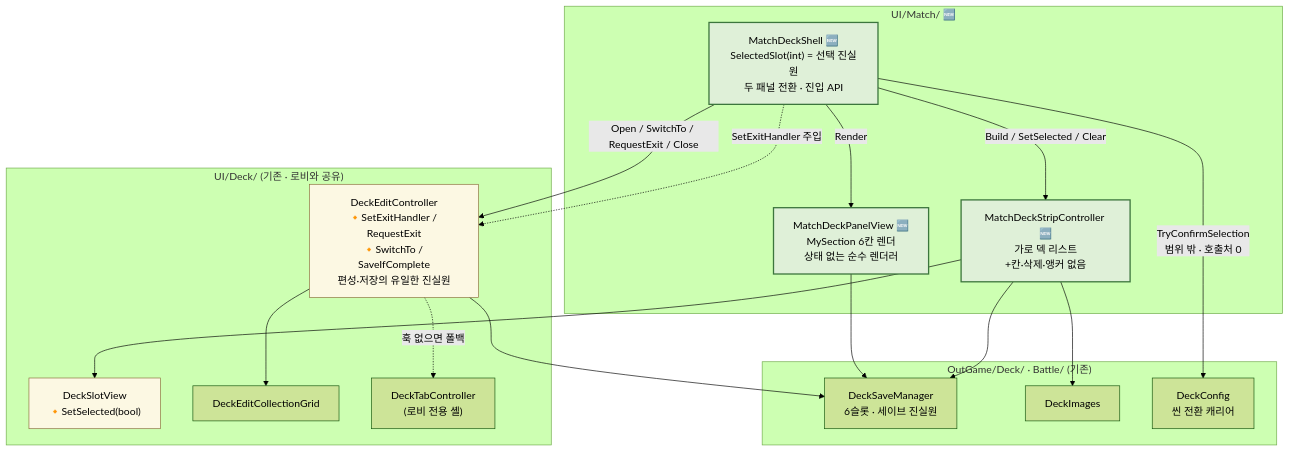
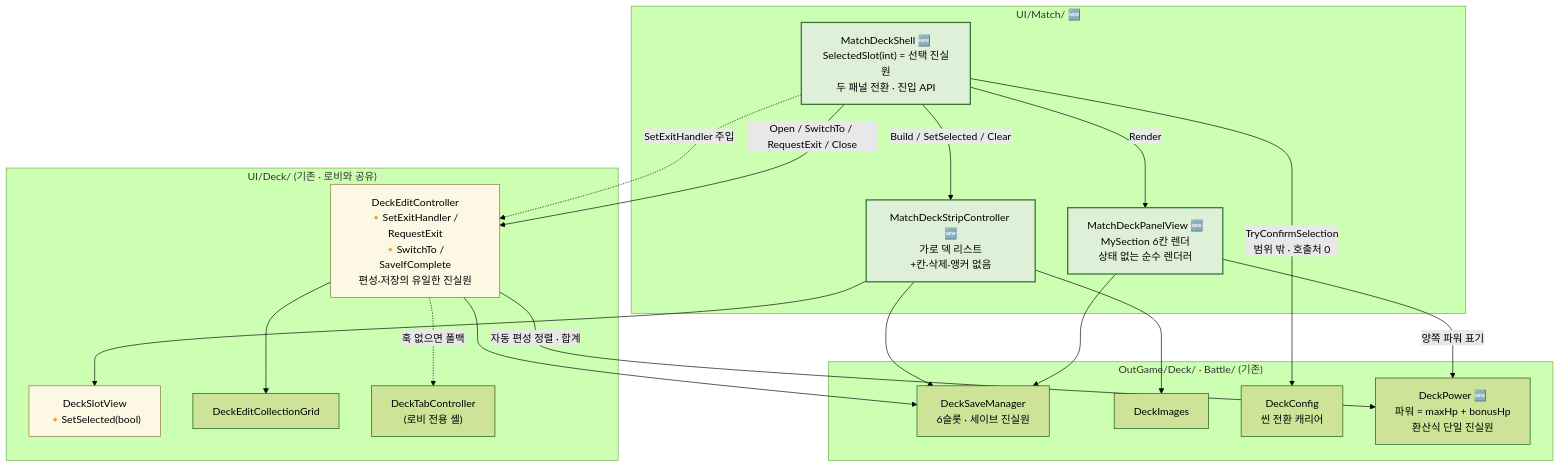
Before and after one commit to hspark-maker/TeamfightTCG_Migriation: diagram 19 of 20 in docs/OutGamePlan/STRUCTURE.md, drawn with Mermaid (forest theme). The commit also changed other lines of this file and 76 other files, not shown here.

````diff
--- a/docs/OutGamePlan/STRUCTURE.md
+++ b/docs/OutGamePlan/STRUCTURE.md
@@ -1145,40 +1147,43 @@
 ```mermaid
 graph TD
     subgraph Match["UI/Match/ 🆕"]
         SHELL["MatchDeckShell 🆕<br/>SelectedSlot(int) = 선택 진실원<br/>두 패널 전환 · 진입 API"]
         PV["MatchDeckPanelView 🆕<br/>MySection 6칸 렌더<br/>상태 없는 순수 렌더러"]
         STRIP["MatchDeckStripController 🆕<br/>가로 덱 리스트<br/>+칸·삭제·앵커 없음"]
     end
 
     subgraph Deck["UI/Deck/ (기존 · 로비와 공유)"]
         EDIT["DeckEditController<br/>🔸SetExitHandler / RequestExit<br/>🔸SwitchTo / SaveIfComplete<br/>편성·저장의 유일한 진실원"]
         SLOTV["DeckSlotView<br/>🔸SetSelected(bool)"]
         GRID["DeckEditCollectionGrid"]
         TABC["DeckTabController<br/>(로비 전용 셸)"]
     end
 
     subgraph Data["OutGame/Deck/ · Battle/ (기존)"]
         DSM["DeckSaveManager<br/>6슬롯 · 세이브 진실원"]
         DIMG["DeckImages"]
         DCFG["DeckConfig<br/>씬 전환 캐리어"]
+        DPW["DeckPower 🆕<br/>파워 = maxHp + bonusHp<br/>환산식 단일 진실원"]
     end
 
     SHELL -->|Render| PV
     SHELL -->|Build / SetSelected / Clear| STRIP
     SHELL -->|Open / SwitchTo / RequestExit / Close| EDIT
     SHELL -.->|SetExitHandler 주입| EDIT
     EDIT -.->|훅 없으면 폴백| TABC
     STRIP --> SLOTV
     EDIT --> GRID
     PV --> DSM
     STRIP --> DSM
     STRIP --> DIMG
     EDIT --> DSM
+    PV -->|양쪽 파워 표기| DPW
+    EDIT -->|자동 편성 정렬 · 합계| DPW
     SHELL -->|TryConfirmSelection<br/>범위 밖 · 호출처 0| DCFG
 
     style SHELL fill:#dff0d8,stroke:#3c763d,stroke-width:2px
     style PV fill:#dff0d8,stroke:#3c763d,stroke-width:2px
     style STRIP fill:#dff0d8,stroke:#3c763d,stroke-width:2px
     style EDIT fill:#fcf8e3,stroke:#8a6d3b
     style SLOTV fill:#fcf8e3,stroke:#8a6d3b
 ```
````
